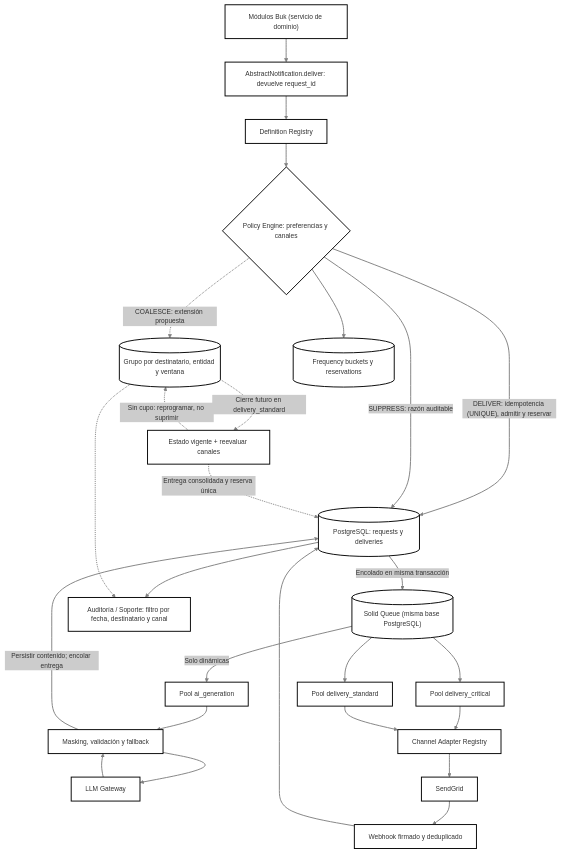
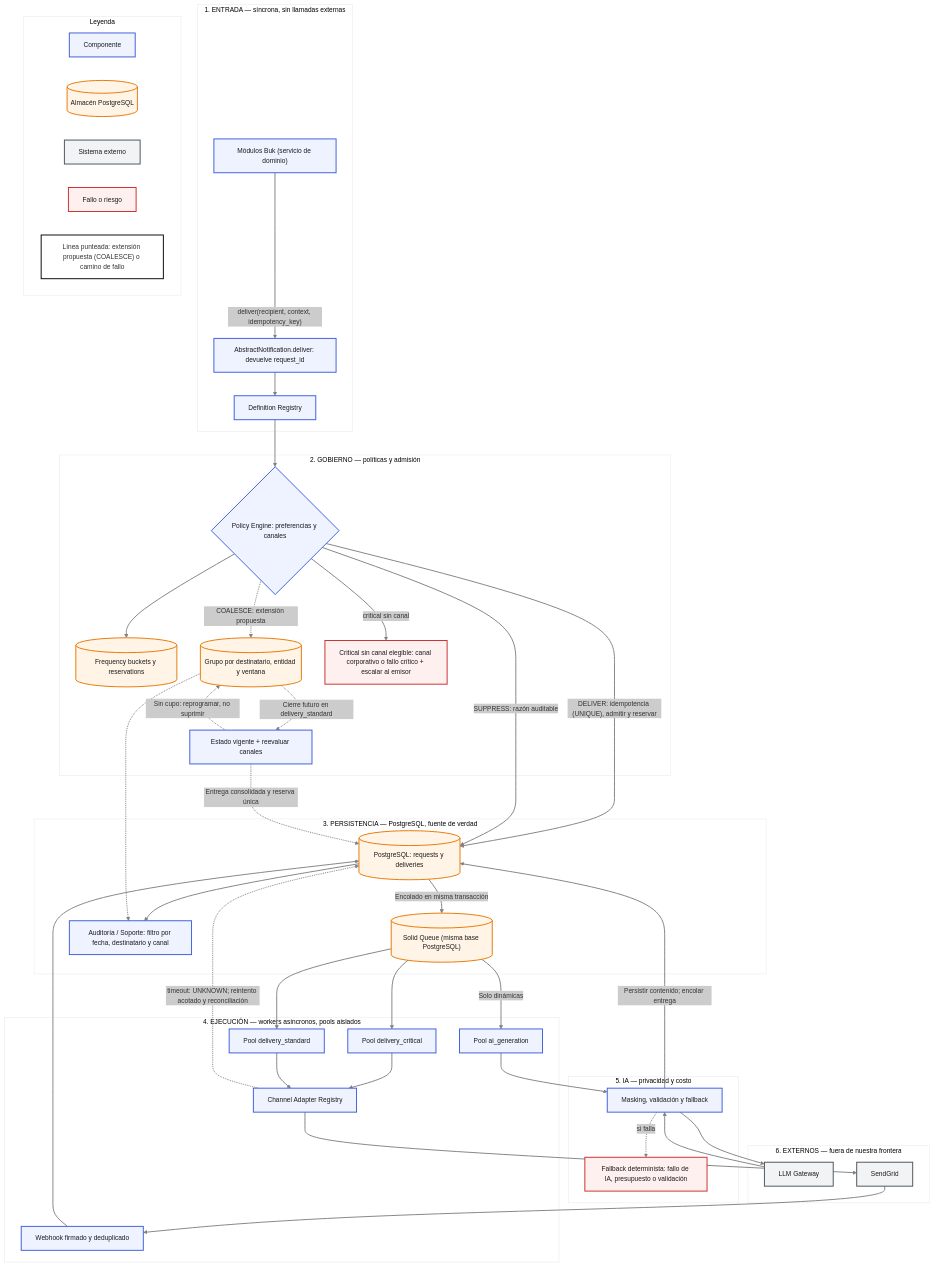
Before and after one commit to natha9404/codespaces-rails: the diagram in app/assets/images/arquitectura.mmd, drawn with Mermaid. The commit also changed 3 other files, not shown here.

First line of the commit message:
Rediseñar diagramas 2.b y 2.c con notación de arquitectura

```diff
--- a/app/assets/images/arquitectura.mmd
+++ b/app/assets/images/arquitectura.mmd
@@ -1,31 +1,80 @@
 ---
 config:
   theme: neo
 ---
 flowchart TB
-  Modules["Módulos Buk (servicio de dominio)"] --> API["AbstractNotification.deliver: devuelve request_id"]
-  API --> Registry["Definition Registry"] --> Policy{"Policy Engine: preferencias y canales"}
-  Policy -->|"DELIVER: idempotencia (UNIQUE), admitir y reservar"| DB[("PostgreSQL: requests y deliveries")]
+  subgraph L1["1. ENTRADA — síncrona, sin llamadas externas"]
+    Modules["Módulos Buk (servicio de dominio)"] -->|"deliver(recipient, context, idempotency_key)"| API["AbstractNotification.deliver: devuelve request_id"]
+    API --> Registry["Definition Registry"]
+  end
+  subgraph L2["2. GOBIERNO — políticas y admisión"]
+    Policy{"Policy Engine: preferencias y canales"}
+    Freq[("Frequency buckets y reservations")]
+    Group[("Grupo por destinatario, entidad y ventana")]
+    Eligibility["Estado vigente + reevaluar canales"]
+    NoChannel["Critical sin canal elegible: canal corporativo o fallo crítico + escalar al emisor"]
+  end
+  subgraph L3["3. PERSISTENCIA — PostgreSQL, fuente de verdad"]
+    DB[("PostgreSQL: requests y deliveries")]
+    SQ[("Solid Queue (misma base PostgreSQL)")]
+    Audit["Auditoría / Soporte: filtro por fecha, destinatario y canal"]
+  end
+  subgraph L4["4. EJECUCIÓN — workers asíncronos, pools aislados"]
+    AI["Pool ai_generation"]
+    Critical["Pool delivery_critical"]
+    Standard["Pool delivery_standard"]
+    Adapter["Channel Adapter Registry"]
+    Hook["Webhook firmado y deduplicado"]
+  end
+  subgraph L5["5. IA — privacidad y costo"]
+    Guard["Masking, validación y fallback"]
+    Fallback["Fallback determinista: fallo de IA, presupuesto o validación"]
+  end
+  subgraph L6["6. EXTERNOS — fuera de nuestra frontera"]
+    LLM["LLM Gateway"]
+    SG["SendGrid"]
+  end
+  subgraph LEG["Leyenda"]
+    direction LR
+    K1["Componente"]:::comp
+    K2[("Almacén PostgreSQL")]:::store
+    K3["Sistema externo"]:::ext
+    K4["Fallo o riesgo"]:::risk
+    K5["Línea punteada: extensión propuesta (COALESCE) o camino de fallo"]
+  end
+  Registry --> Policy
+  Policy -->|"DELIVER: idempotencia (UNIQUE), admitir y reservar"| DB
   Policy -->|"SUPPRESS: razón auditable"| DB
-  Policy -.->|"COALESCE: extensión propuesta"| Group[("Grupo por destinatario, entidad y ventana")]
-  Group -.->|"Cierre futuro en delivery_standard"| Eligibility["Estado vigente + reevaluar canales"]
+  Policy -.->|"COALESCE: extensión propuesta"| Group
+  Policy --> Freq
+  Policy -->|"critical sin canal"| NoChannel
+  Group -.->|"Cierre futuro en delivery_standard"| Eligibility
   Eligibility -.->|"Sin cupo: reprogramar, no suprimir"| Group
   Eligibility -.->|"Entrega consolidada y reserva única"| DB
-  Policy --> Freq[("Frequency buckets y reservations")]
-  DB -->|"Encolado en misma transacción"| SQ[("Solid Queue (misma base PostgreSQL)")]
-  SQ -->|"Solo dinámicas"| AI["Pool ai_generation"]
-  AI --> Guard["Masking, validación y fallback"]
-  Guard --> LLM["LLM Gateway"]
+  DB -->|"Encolado en misma transacción"| SQ
+  SQ -->|"Solo dinámicas"| AI
+  AI --> Guard
+  Guard --> LLM
   LLM --> Guard
+  Guard -.->|"si falla"| Fallback
   Guard -->|"Persistir contenido; encolar entrega"| DB
-  SQ --> Critical["Pool delivery_critical"]
-  SQ --> Standard["Pool delivery_standard"]
-  Critical --> Adapter["Channel Adapter Registry"]
+  SQ --> Critical
+  SQ --> Standard
+  Critical --> Adapter
   Standard --> Adapter
-  Adapter --> SG["SendGrid"]
-  SG --> Hook["Webhook firmado y deduplicado"]
+  Adapter --> SG
+  Adapter -.->|"timeout: UNKNOWN; reintento acotado y reconciliación"| DB
+  SG --> Hook
   Hook --> DB
-  DB --> Audit["Auditoría / Soporte: filtro por fecha, destinatario y canal"]
+  DB --> Audit
   Group -.-> Audit
 
-        linkStyle default stroke:#808080
+  classDef comp fill:#eef3ff,stroke:#3b5bdb,color:#1b1b1b
+  classDef store fill:#fff4e6,stroke:#e67700,color:#1b1b1b
+  classDef ext fill:#f1f3f5,stroke:#495057,color:#1b1b1b
+  classDef risk fill:#fff0f0,stroke:#c92a2a,color:#1b1b1b
+  class Modules,API,Registry,Policy,Eligibility,AI,Critical,Standard,Adapter,Hook,Guard,Audit comp
+  class DB,SQ,Freq,Group store
+  class LLM,SG ext
+  class NoChannel,Fallback risk
+  linkStyle default stroke:#808080
```
